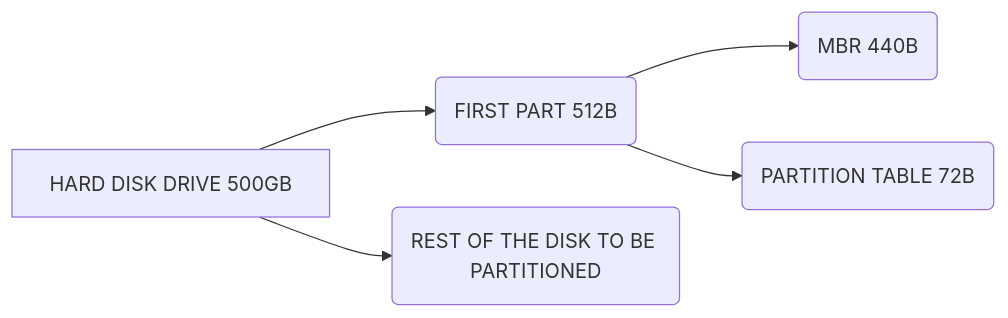
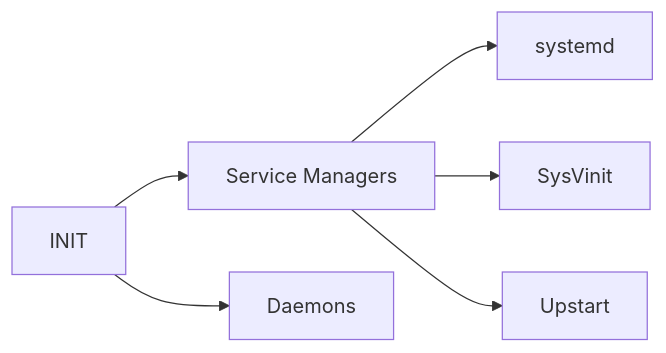
Before and after one commit to micheal-ndoh/MK_DOCS: the diagram in docs/SYSTEM Architecture.md, drawn with Mermaid. The commit also changed other lines of this file and 10 other files, not shown here.

````diff
--- a/docs/SYSTEM Architecture.md
+++ b/docs/SYSTEM Architecture.md
@@ -45,7 +100,8 @@
 ```mermaid
 graph LR
-A[HARD DISK DRIVE 500GB]--> C(FIRST PART 512B)
-A -->F(REST OF THE DISK TO BE PARTITIONED )
-C --> D(MBR 440B)
-C --> E(PARTITION TABLE 72B)
+A[INIT] --> B[Service Managers]
+B --> C[systemd]
+B --> D[SysVinit]
+B --> E[Upstart]
+A --> F[Daemons]
 ```
````
